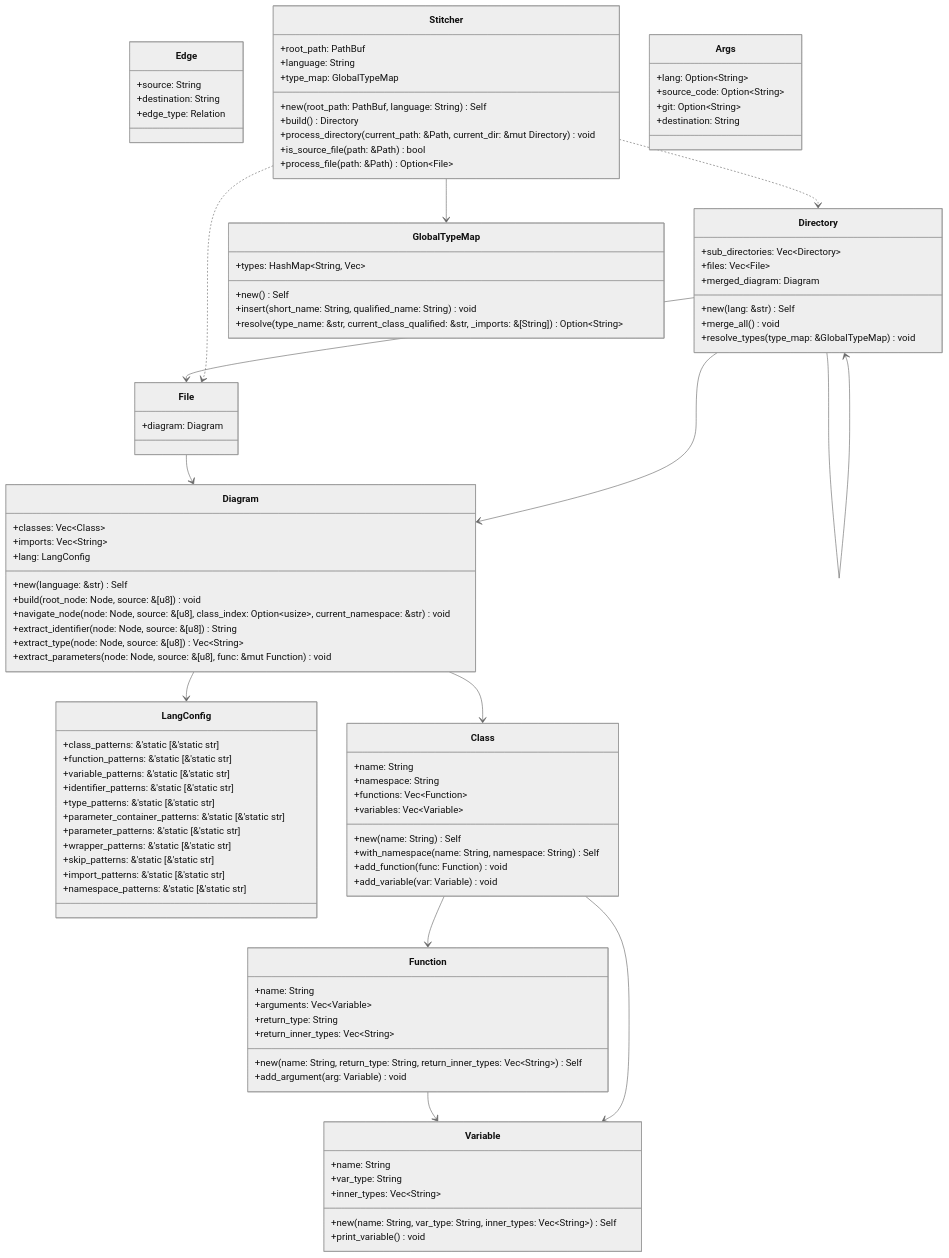
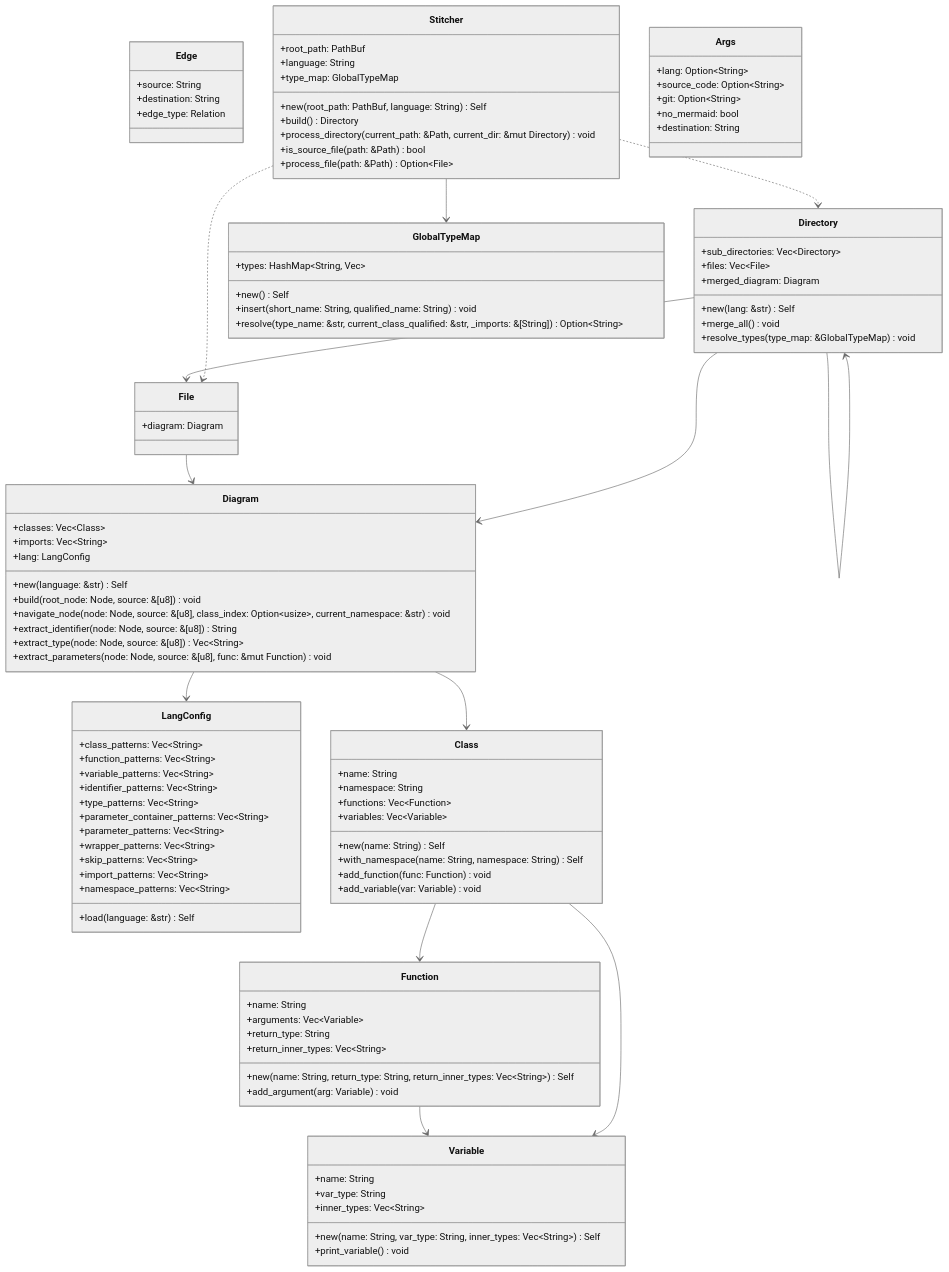
The diagram in UML.md (EthanDGee/Auto-UML), drawn with Mermaid (neutral theme) before and after one commit. The commit also changed other lines of this file, not shown here.

Commit message:
docs: update UML diagram [skip ci]

````diff
--- a/UML.md
+++ b/UML.md
@@ -2,17 +1,18 @@
 ```mermaid
 classDiagram
     class LangConfig {
-        +class_patterns: &'static [&'static str]
-        +function_patterns: &'static [&'static str]
-        +variable_patterns: &'static [&'static str]
-        +identifier_patterns: &'static [&'static str]
-        +type_patterns: &'static [&'static str]
-        +parameter_container_patterns: &'static [&'static str]
-        +parameter_patterns: &'static [&'static str]
-        +wrapper_patterns: &'static [&'static str]
-        +skip_patterns: &'static [&'static str]
-        +import_patterns: &'static [&'static str]
-        +namespace_patterns: &'static [&'static str]
+        +class_patterns: Vec~String~
+        +function_patterns: Vec~String~
+        +variable_patterns: Vec~String~
+        +identifier_patterns: Vec~String~
+        +type_patterns: Vec~String~
+        +parameter_container_patterns: Vec~String~
+        +parameter_patterns: Vec~String~
+        +wrapper_patterns: Vec~String~
+        +skip_patterns: Vec~String~
+        +import_patterns: Vec~String~
+        +namespace_patterns: Vec~String~
+        +load(language: &str) Self
     }
     class Edge {
         +source: String
@@ -86,6 +86,7 @@
         +lang: Option~String~
         +source_code: Option~String~
         +git: Option~String~
+        +no_mermaid: bool
         +destination: String
     }
     Function --> Variable
@@ -100,4 +101,5 @@
     Stitcher --> GlobalTypeMap
     Stitcher ..> Directory
     Stitcher ..> File
+
 ```
````
